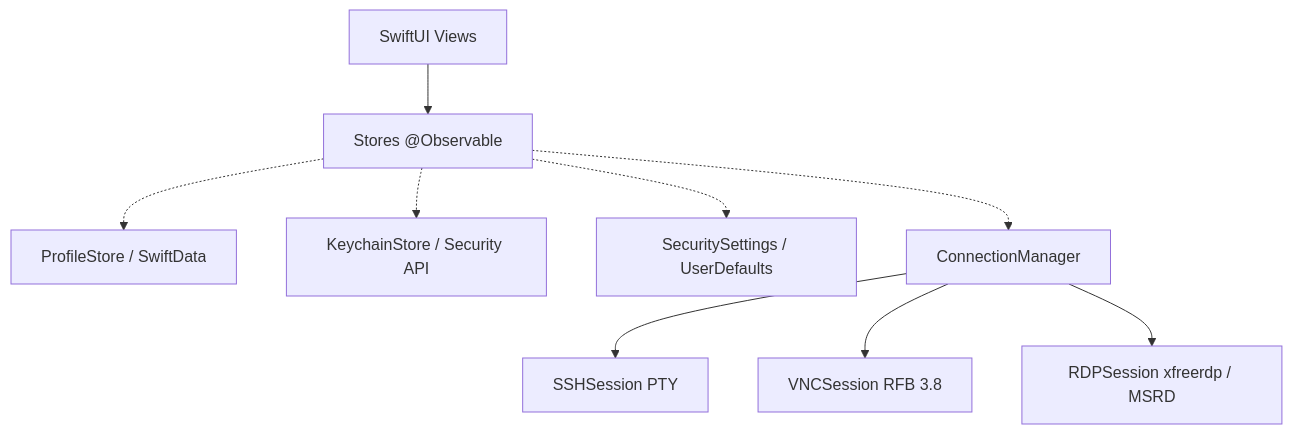
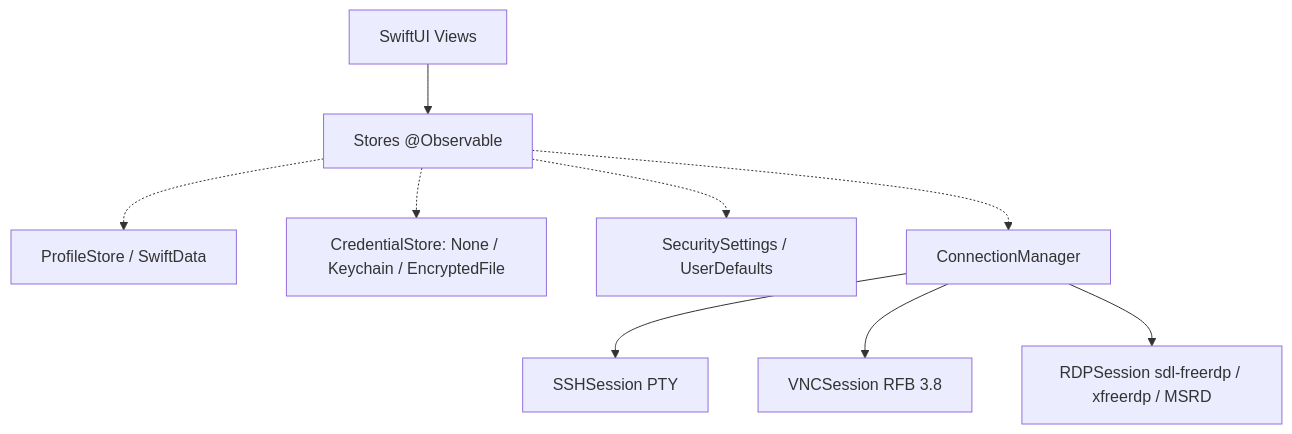
Before and after one commit to Stormbringer-v1/remmina-mac: the diagram in README.md, drawn with Mermaid. The commit also changed other lines of this file and 32 other files, not shown here.

````diff
--- a/README.md
+++ b/README.md
@@ -129,11 +148,11 @@
 ```mermaid
 graph TD
     UI[SwiftUI Views] --> ST[Stores @Observable]
     ST -.-> PS[ProfileStore / SwiftData]
-    ST -.-> KS[KeychainStore / Security API]
+    ST -.-> CS[CredentialStore: None / Keychain / EncryptedFile]
     ST -.-> SS[SecuritySettings / UserDefaults]
     ST -.-> CM[ConnectionManager]
     CM --> SSH[SSHSession PTY]
     CM --> VNC[VNCSession RFB 3.8]
-    CM --> RDP[RDPSession xfreerdp / MSRD]
+    CM --> RDP[RDPSession sdl-freerdp / xfreerdp / MSRD]
 ```
````
